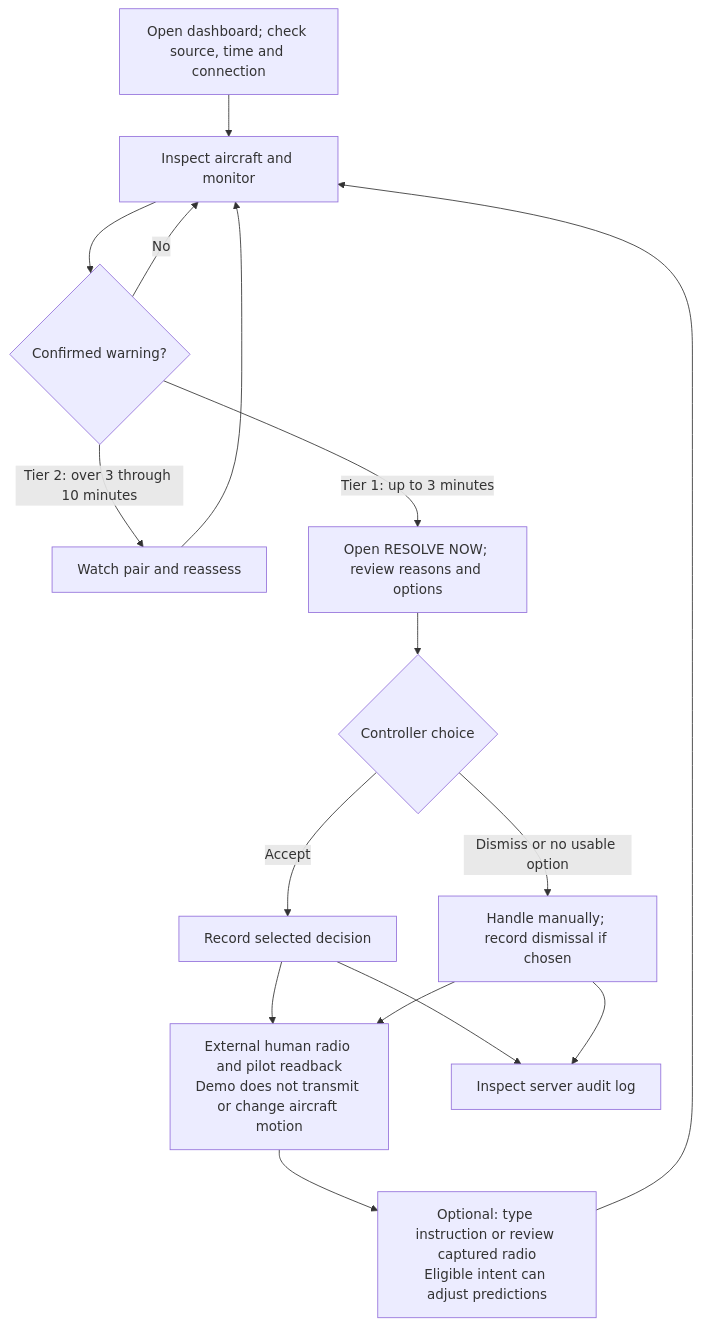
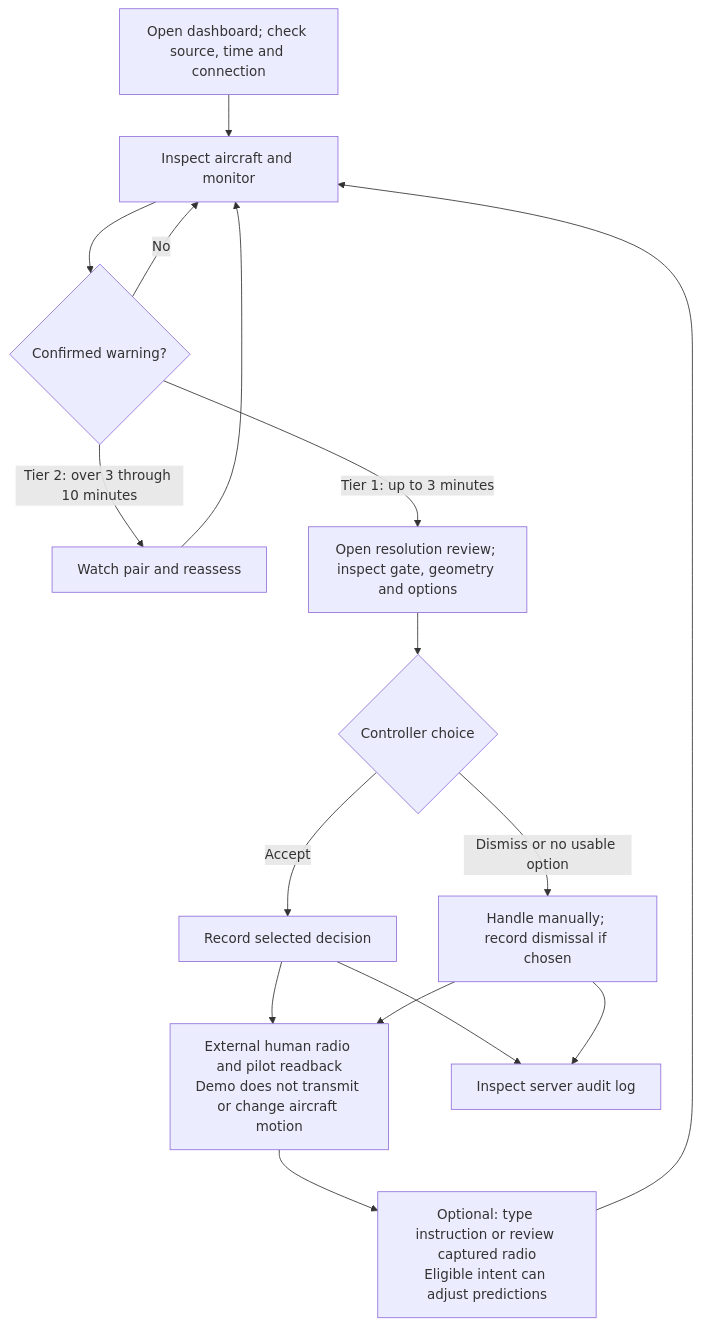
Before and after one commit to Amrit-Nigam/flight-right: the fifth of 5 diagrams in README.md, drawn with Mermaid. The commit also changed other lines of this file and 91 other files, not shown here.

````diff
--- a/README.md
+++ b/README.md
@@ -492,18 +525,18 @@
 ```mermaid
 flowchart TD
     A["Open dashboard; check source, time and connection"] --> B["Inspect aircraft and monitor"]
     B --> C{"Confirmed warning?"}
     C -->|No| B
     C -->|"Tier 2: over 3 through 10 minutes"| D["Watch pair and reassess"]
     D --> B
-    C -->|"Tier 1: up to 3 minutes"| E["Open RESOLVE NOW; review reasons and options"]
+    C -->|"Tier 1: up to 3 minutes"| E["Open resolution review; inspect gate, geometry and options"]
     E --> F{"Controller choice"}
     F -->|Accept| G["Record selected decision"]
     F -->|Dismiss or no usable option| H["Handle manually; record dismissal if chosen"]
     G --> I["External human radio and pilot readback<br/>Demo does not transmit or change aircraft motion"]
     H --> I
     I --> J["Optional: type instruction or review captured radio<br/>Eligible intent can adjust predictions"]
     J --> B
     G --> K["Inspect server audit log"]
     H --> K
 ```
````
